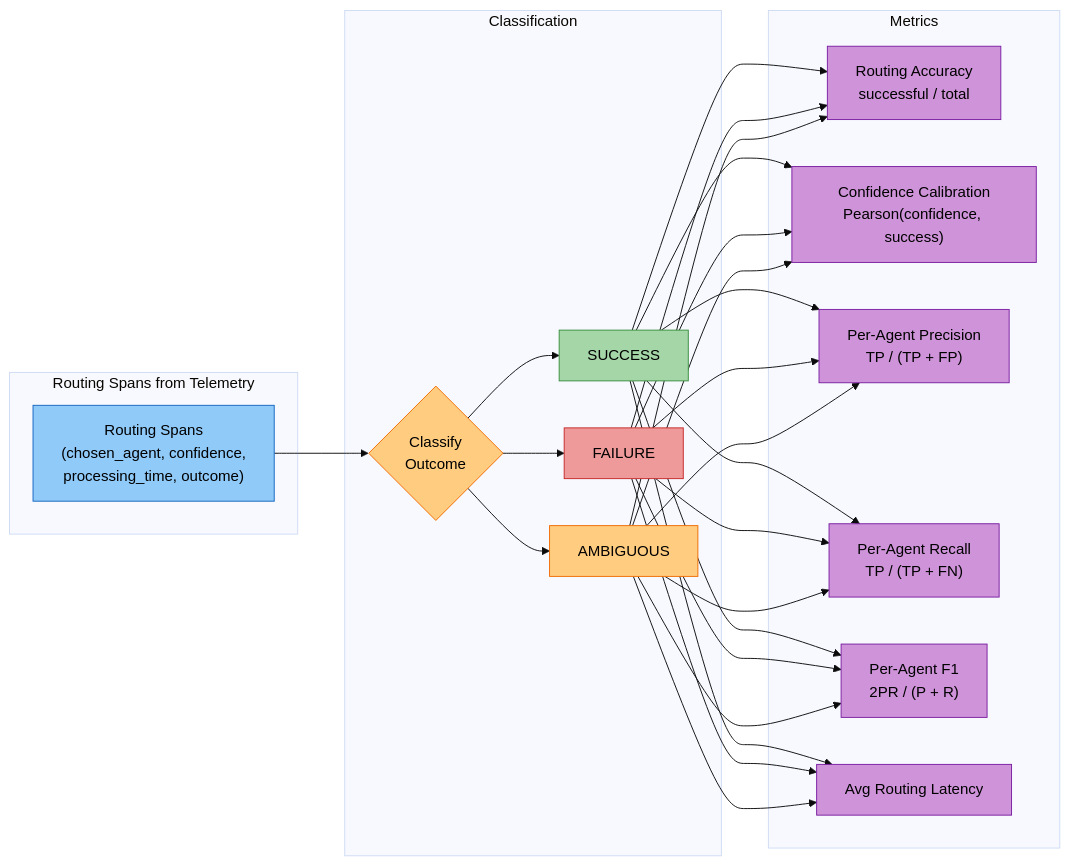
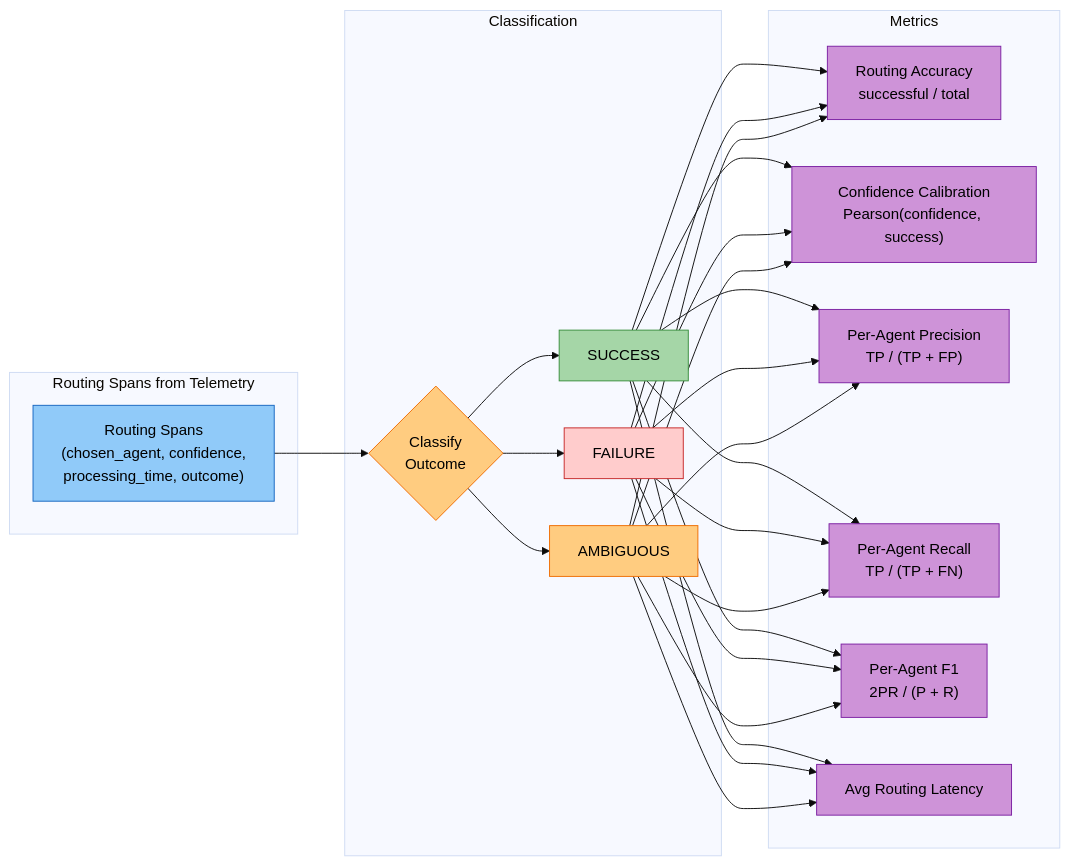
The fifth of 8 diagrams in docs/architecture/evaluation-optimization-loop.md (amit-jain/cogniverse), drawn with Mermaid (base theme) before and after one commit. The commit also changed other lines of this file and 2 other files, not shown here.

````diff
--- a/docs/architecture/evaluation-optimization-loop.md
+++ b/docs/architecture/evaluation-optimization-loop.md
@@ -437,38 +437,38 @@
 ```mermaid
 flowchart LR
     subgraph "Routing Spans from Telemetry"
         SP["<span style='color:#000'>Routing Spans<br/>(chosen_agent, confidence,<br/>processing_time, outcome)</span>"]
     end
 
     subgraph "Classification"
         CL{"<span style='color:#000'>Classify<br/>Outcome</span>"}
         S["<span style='color:#000'>SUCCESS</span>"]
         F["<span style='color:#000'>FAILURE</span>"]
         A["<span style='color:#000'>AMBIGUOUS</span>"]
     end
 
     subgraph "Metrics"
         RA["<span style='color:#000'>Routing Accuracy<br/>successful / total</span>"]
         CC["<span style='color:#000'>Confidence Calibration<br/>Pearson(confidence, success)</span>"]
         PP["<span style='color:#000'>Per-Agent Precision<br/>TP / (TP + FP)</span>"]
         PR["<span style='color:#000'>Per-Agent Recall<br/>TP / (TP + FN)</span>"]
         PF["<span style='color:#000'>Per-Agent F1<br/>2PR / (P + R)</span>"]
         RL["<span style='color:#000'>Avg Routing Latency</span>"]
     end
 
     SP --> CL
     CL --> S & F & A
     S & F & A --> RA & CC & PP & PR & PF & RL
 
     style SP fill:#90caf9,stroke:#1565c0,color:#000
     style CL fill:#ffcc80,stroke:#ef6c00,color:#000
     style S fill:#a5d6a7,stroke:#388e3c,color:#000
-    style F fill:#ef9a9a,stroke:#c62828,color:#000
+    style F fill:#ffcccc,stroke:#c62828,color:#000
     style A fill:#ffcc80,stroke:#ef6c00,color:#000
     style RA fill:#ce93d8,stroke:#7b1fa2,color:#000
     style CC fill:#ce93d8,stroke:#7b1fa2,color:#000
     style PP fill:#ce93d8,stroke:#7b1fa2,color:#000
     style PR fill:#ce93d8,stroke:#7b1fa2,color:#000
     style PF fill:#ce93d8,stroke:#7b1fa2,color:#000
     style RL fill:#ce93d8,stroke:#7b1fa2,color:#000
 ```
````
